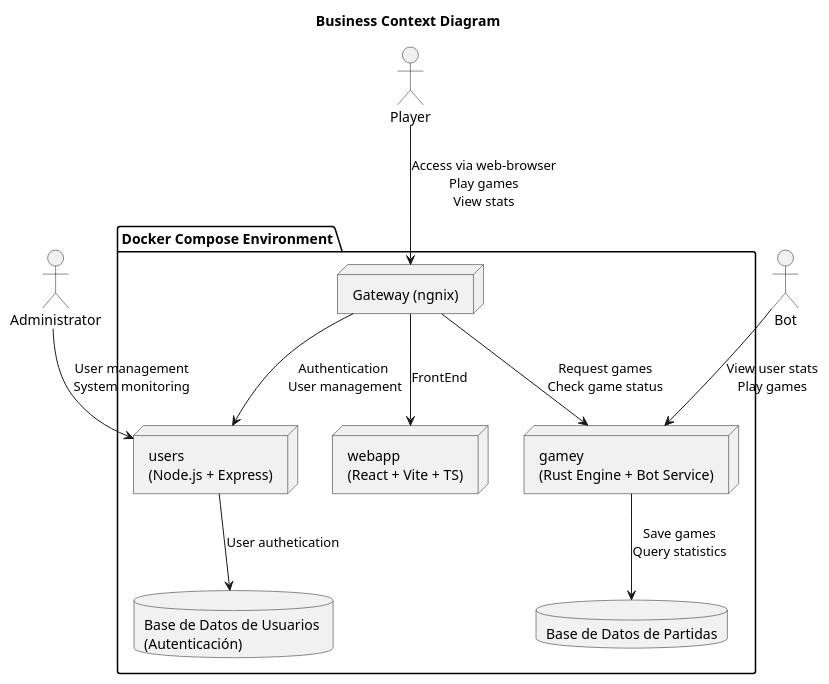
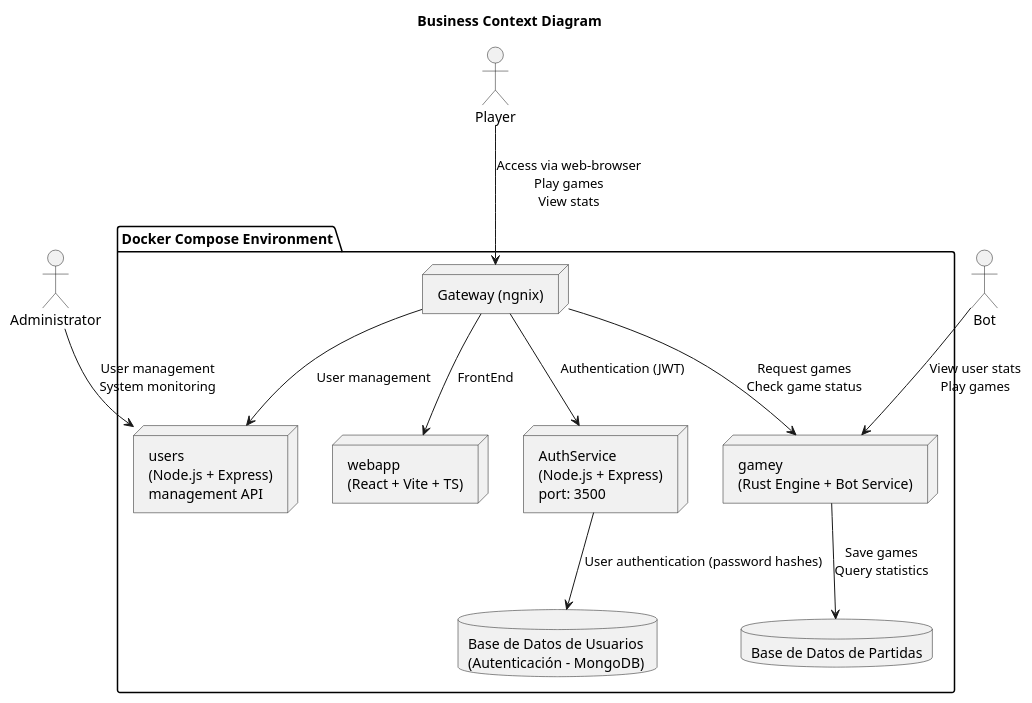
The first of 2 diagrams in docs/src/03_context_and_scope.adoc (Arquisoft/yovi_es4b), drawn with PlantUML before and after one commit. The commit also changed other lines of this file and 2 other files, not shown here.

Commit message:
Añadido base de datos MongoDB para AuthService, migrada lógica de autenticación (registro, login, JWT) desde Users a AuthService, actualizado documentación y eliminado AUTH_SETUP.md.

```diff
--- a/docs/src/03_context_and_scope.adoc
+++ b/docs/src/03_context_and_scope.adoc
@@ -16,31 +16,33 @@
 [plantuml, target=business-context-diagram, format=png]
 ----
 @startuml
 title Business Context Diagram
 
 actor Administrator
 actor Player
 actor Bot
 
 package "Docker Compose Environment" {
     node "Gateway (ngnix)" as Gateway
     node "webapp\n(React + Vite + TS)" as WebApp
-    node "users\n(Node.js + Express)" as Users
+    node "users\n(Node.js + Express)\nmanagement API" as Users
+    node "AuthService\n(Node.js + Express)\nport: 3500" as Auth
     node "gamey\n(Rust Engine + Bot Service)" as Gamey
-    database "Base de Datos de Usuarios \n(Autenticación)" as UserDB
+    database "Base de Datos de Usuarios \n(Autenticación - MongoDB)" as UserDB
     database "Base de Datos de Partidas" as GameDB
 }
 
 ' Relaciones de actores
 Player --> Gateway : Access via web-browser\nPlay games\nView stats
 Gateway --> WebApp : FrontEnd
 Administrator --> Users : User management\nSystem monitoring
 Bot --> Gamey : View user stats\nPlay games
 
-' Internal services interactions
-Gateway --> Users : Authentication\n User management
+ ' Internal services interactions
+Gateway --> Auth : Authentication (JWT)\n
+Gateway --> Users : User management
 Gateway --> Gamey : Request games\nCheck game status
-Users --> UserDB : User authetication
+Auth --> UserDB : User authentication (password hashes)
 Gamey --> GameDB : Save games\nQuery statistics
 @enduml
 ----
```
